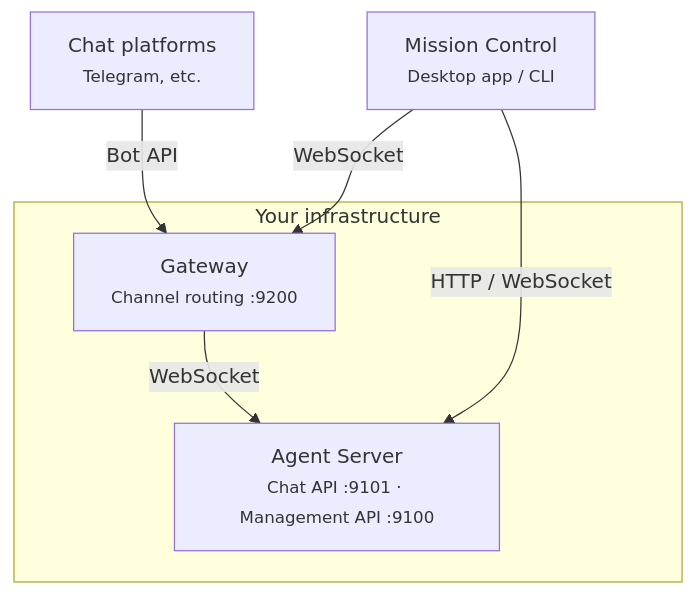
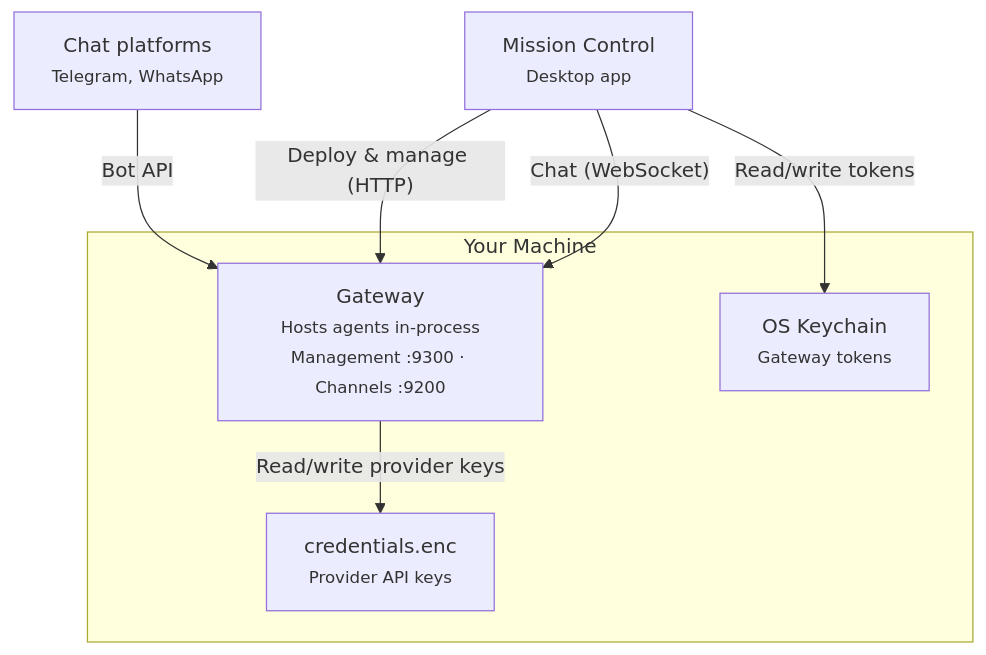
The diagram in docs/architecture.mdx (volumegambit/Dash), drawn with Mermaid before and after one commit. The commit also changed other lines of this file and 16 other files, not shown here.

First line of the commit message:
docs: update Mintlify docs to match current architecture

````diff
--- a/docs/architecture.mdx
+++ b/docs/architecture.mdx
@@ -10,16 +10,18 @@
 ```mermaid
 graph TB
-  platforms["Chat platforms<br/><small>Telegram, etc.</small>"]
+  platforms["Chat platforms<br/><small>Telegram, WhatsApp</small>"]
 
-  subgraph infra ["Your infrastructure"]
-    agent-server["Agent Server<br/><small>Chat API :9101 · Management API :9100</small>"]
-    gateway["Gateway<br/><small>Channel routing :9200</small>"]
-    gateway -- "WebSocket" --> agent-server
+  subgraph infra ["Your Machine"]
+    gateway["Gateway<br/><small>Hosts agents in-process<br/>Management :9300 · Channels :9200</small>"]
+    keychain["OS Keychain<br/><small>Gateway tokens</small>"]
+    enc["credentials.enc<br/><small>Provider API keys</small>"]
   end
 
-  mc["Mission Control<br/><small>Desktop app / CLI</small>"]
+  mc["Mission Control<br/><small>Desktop app</small>"]
 
   platforms -- "Bot API" --> gateway
-  mc -- "HTTP / WebSocket" --> agent-server
-  mc -- "WebSocket" --> gateway
+  mc -- "Deploy & manage (HTTP)" --> gateway
+  mc -- "Chat (WebSocket)" --> gateway
+  mc -- "Read/write tokens" --> keychain
+  gateway -- "Read/write provider keys" --> enc
 ```
````
